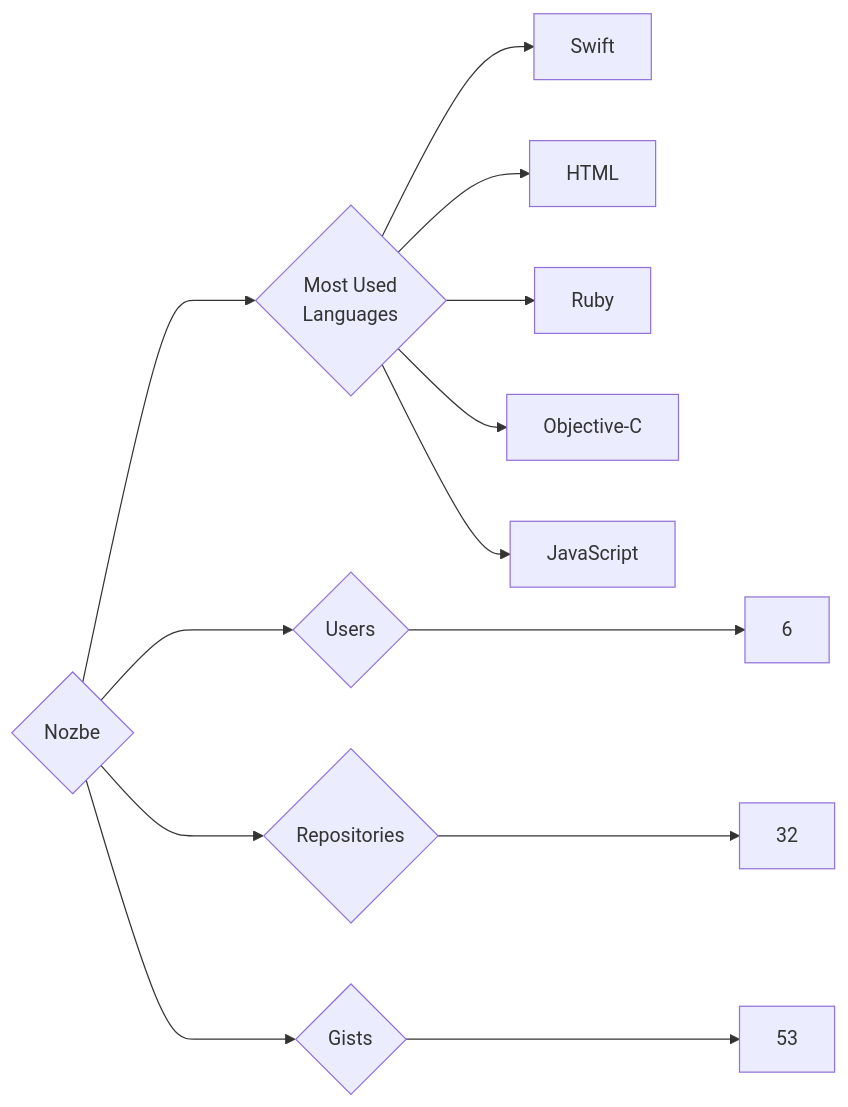
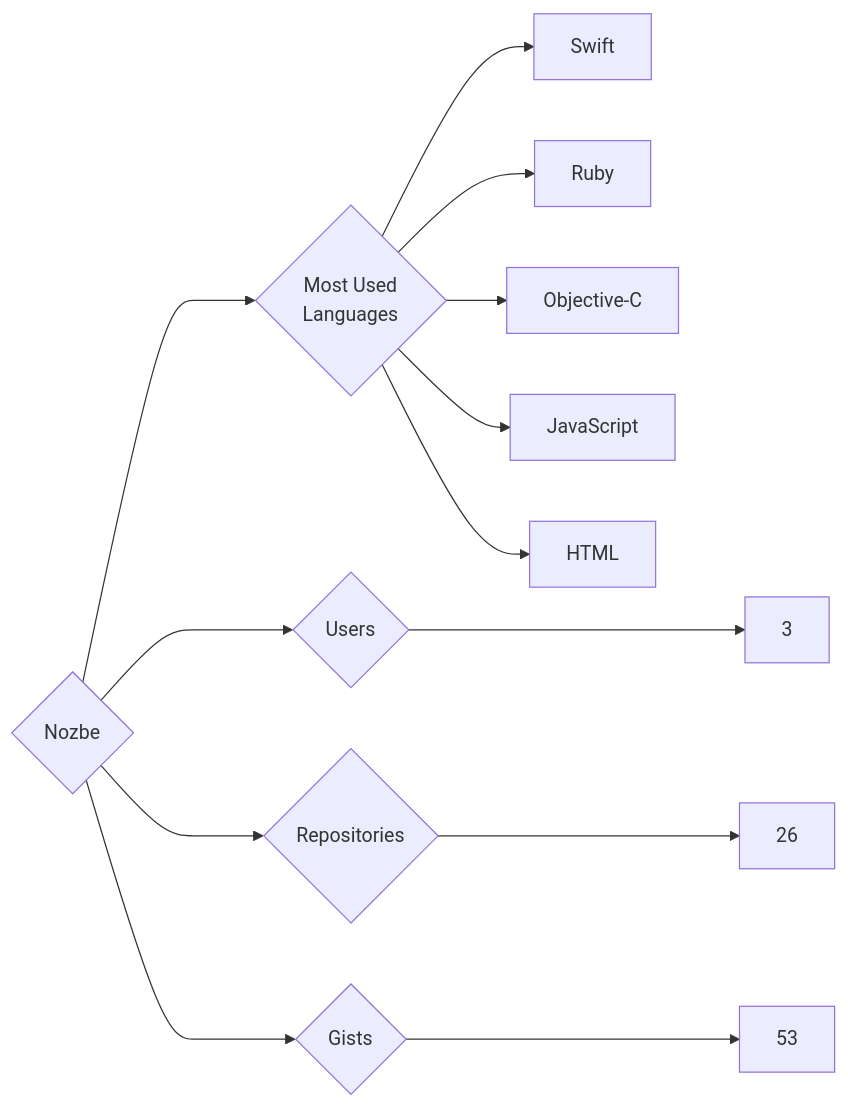
Before and after one commit to trickest/insiders: the diagram in targets/Nozbe/README.md, drawn with Mermaid. The commit also changed 940 other files, not shown here.

````diff
--- a/targets/Nozbe/README.md
+++ b/targets/Nozbe/README.md
@@ -3,13 +3,13 @@
 ```mermaid
 graph LR
 COMPANY_NAME{Nozbe}
-COMPANY_NAME ---> U{Users} ---> UN[6]
-COMPANY_NAME ---> R{Repositories} ---> RN[32]
+COMPANY_NAME ---> U{Users} ---> UN[3]
+COMPANY_NAME ---> R{Repositories} ---> RN[26]
 COMPANY_NAME ---> G{Gists} ---> GN[53]
 COMPANY_NAME ---> ML{Most Used<br>Languages}
 ML --> Swift[Swift]
-ML --> HTML[HTML]
 ML --> Ruby[Ruby]
 ML --> Objective-C[Objective-C]
 ML --> JavaScript[JavaScript]
+ML --> HTML[HTML]
 ```
````
